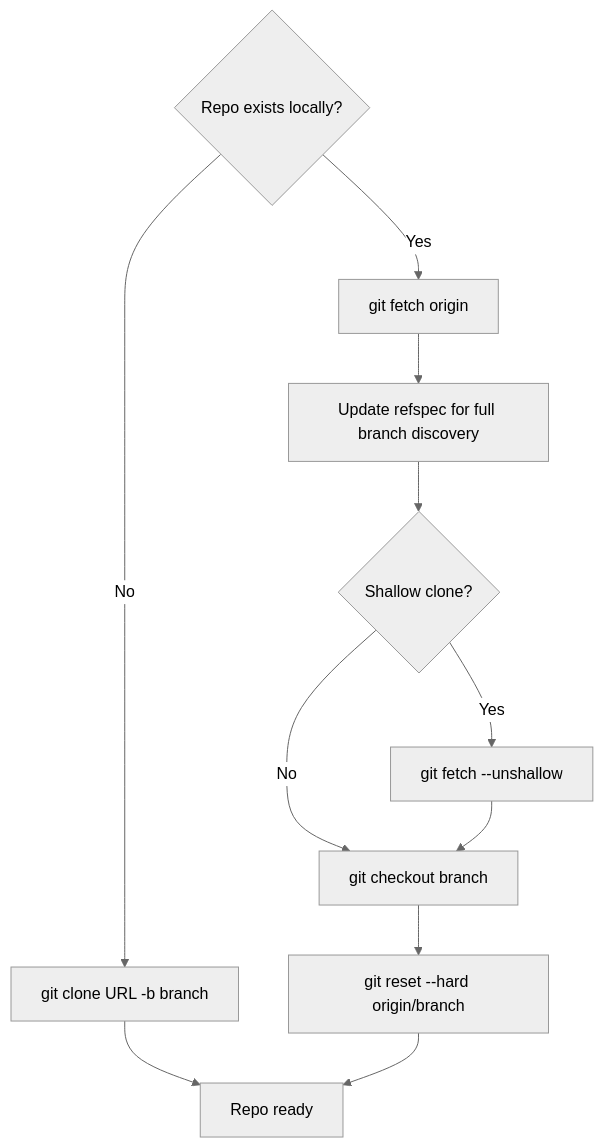
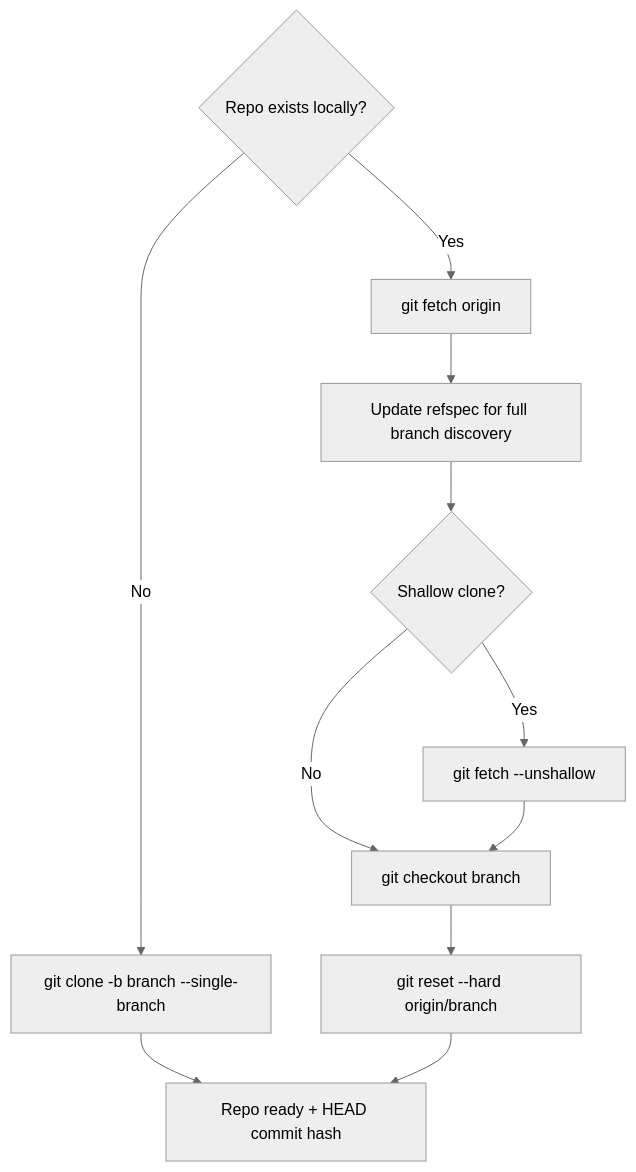
One commit to kpndevrootentri/dropdeploy changed the sixth of 10 diagrams in docs/HOW-IT-WORKS.md. Above: the diagram before and after it, drawn with Mermaid (neutral theme). The commit also changed other lines of this file and 23 other files, not shown here.

````diff
--- a/docs/HOW-IT-WORKS.md
+++ b/docs/HOW-IT-WORKS.md
@@ -223,14 +264,14 @@
 ```mermaid
 flowchart TD
     A{Repo exists locally?}
-    A -->|No| B[git clone URL -b branch]
+    A -->|No| B[git clone -b branch --single-branch]
     A -->|Yes| C[git fetch origin]
     C --> D[Update refspec for full branch discovery]
     D --> E{Shallow clone?}
     E -->|Yes| F[git fetch --unshallow]
     E -->|No| G[git checkout branch]
     F --> G
     G --> H[git reset --hard origin/branch]
-    B --> I[Repo ready]
+    B --> I[Repo ready + HEAD commit hash]
     H --> I
 ```
````
